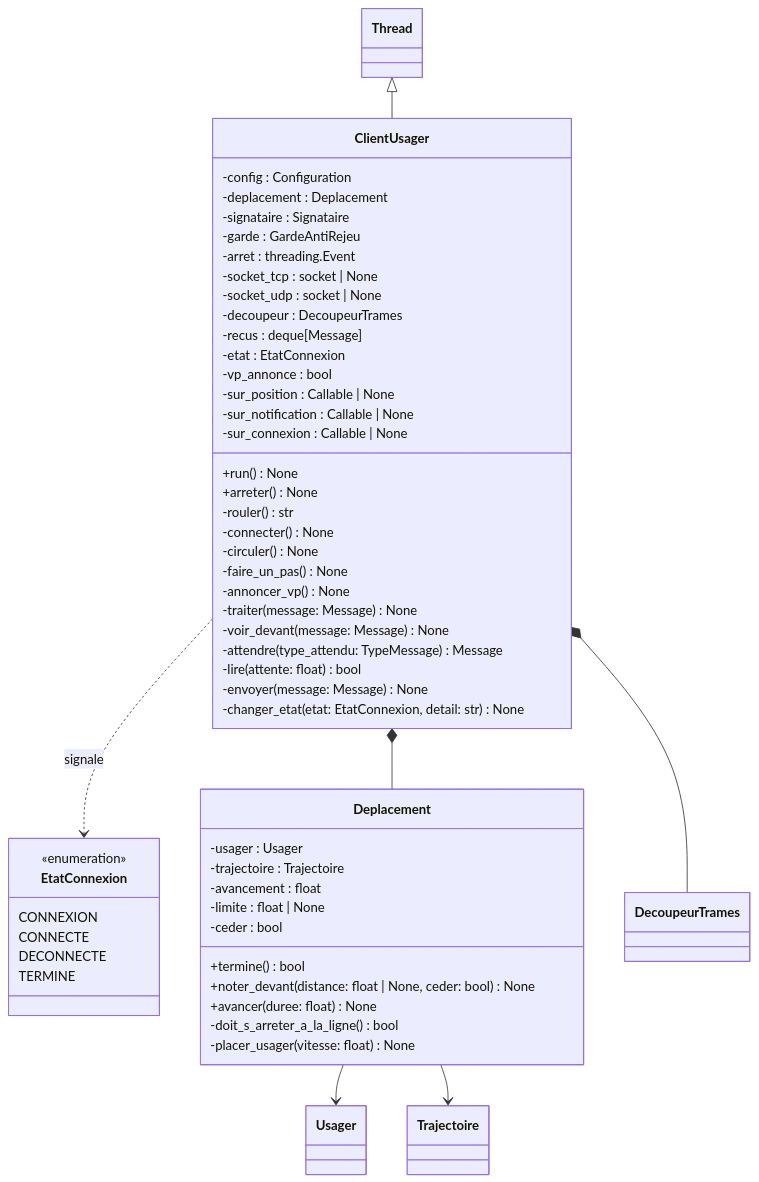
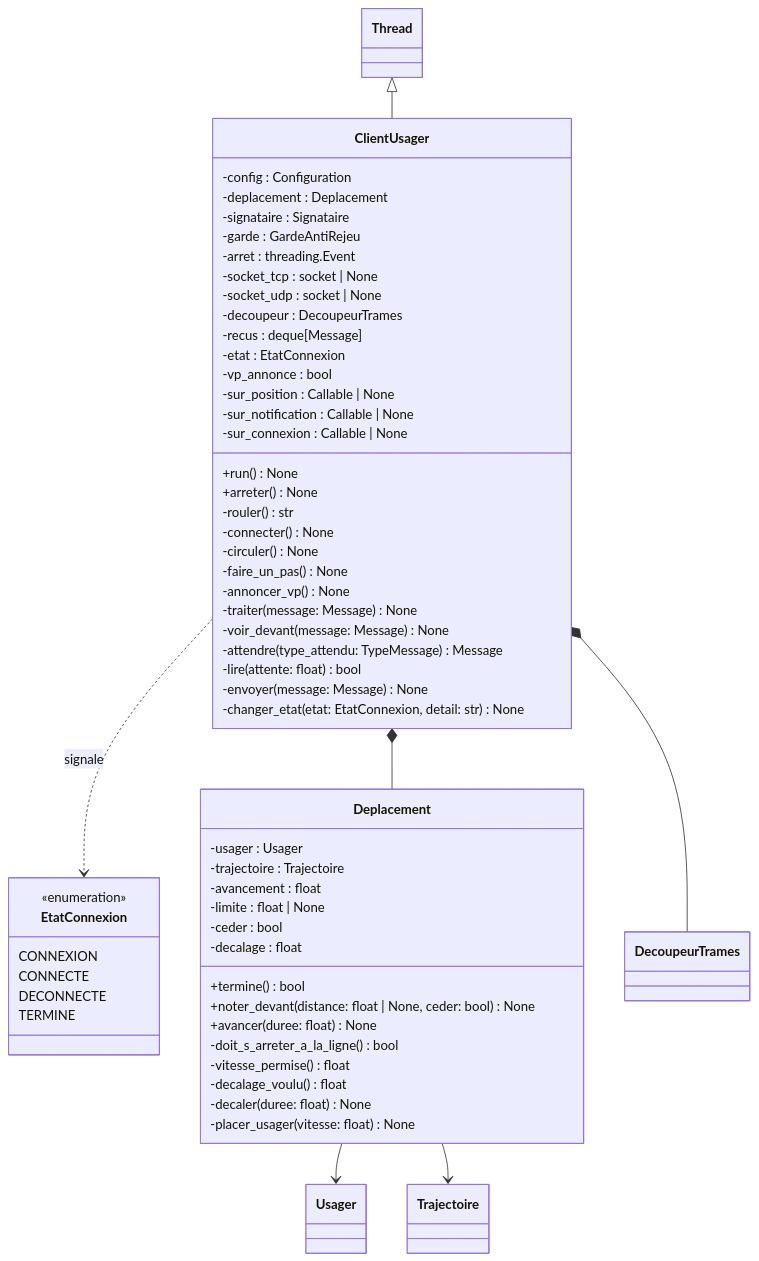
Before and after one commit to vRayzix/SAE3.02_Developper-une-application-communicante: the tenth of 12 diagrams in docs/uml.md, drawn with Mermaid. The commit also changed other lines of this file, not shown here.

First line of the commit message:
docs(uml): géométrie de Bel Air, voies de l'anneau, cap et nouvelle scène

````diff
--- a/docs/uml.md
+++ b/docs/uml.md
@@ -579,62 +628,66 @@
 ```mermaid
 classDiagram
     class Thread
 
     class EtatConnexion {
         <<enumeration>>
         CONNEXION
         CONNECTE
         DECONNECTE
         TERMINE
     }
 
     class ClientUsager {
         -config : Configuration
         -deplacement : Deplacement
         -signataire : Signataire
         -garde : GardeAntiRejeu
         -arret : threading.Event
         -socket_tcp : socket | None
         -socket_udp : socket | None
         -decoupeur : DecoupeurTrames
         -recus : deque[Message]
         -etat : EtatConnexion
         -vp_annonce : bool
         -sur_position : Callable | None
         -sur_notification : Callable | None
         -sur_connexion : Callable | None
         +run() None
         +arreter() None
         -rouler() str
         -connecter() None
         -circuler() None
         -faire_un_pas() None
         -annoncer_vp() None
         -traiter(message: Message) None
         -voir_devant(message: Message) None
         -attendre(type_attendu: TypeMessage) Message
         -lire(attente: float) bool
         -envoyer(message: Message) None
         -changer_etat(etat: EtatConnexion, detail: str) None
     }
 
     class Deplacement {
         -usager : Usager
         -trajectoire : Trajectoire
         -avancement : float
         -limite : float | None
         -ceder : bool
+        -decalage : float
         +termine() bool
         +noter_devant(distance: float | None, ceder: bool) None
         +avancer(duree: float) None
         -doit_s_arreter_a_la_ligne() bool
+        -vitesse_permise() float
+        -decalage_voulu() float
+        -decaler(duree: float) None
         -placer_usager(vitesse: float) None
     }
 
     Thread <|-- ClientUsager
     ClientUsager *-- Deplacement
     ClientUsager ..> EtatConnexion : signale
     ClientUsager *-- DecoupeurTrames
     Deplacement --> Usager
     Deplacement --> Trajectoire
 ```
````
